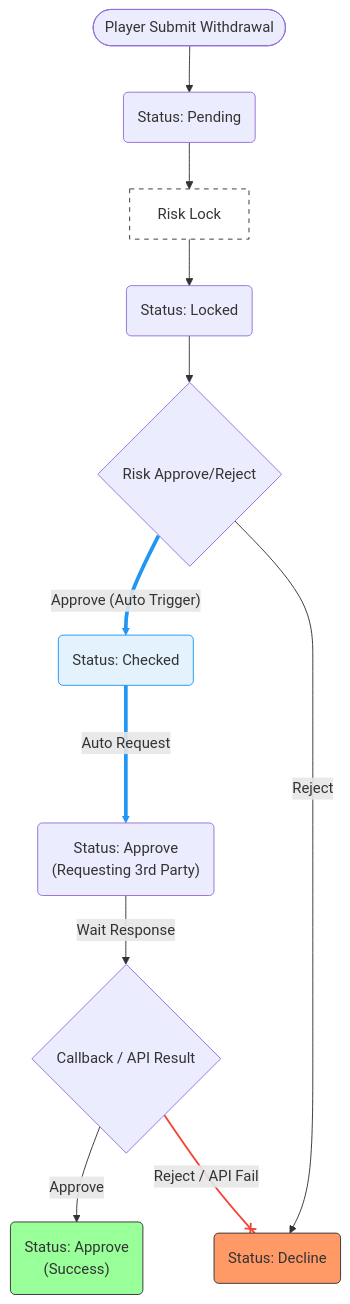
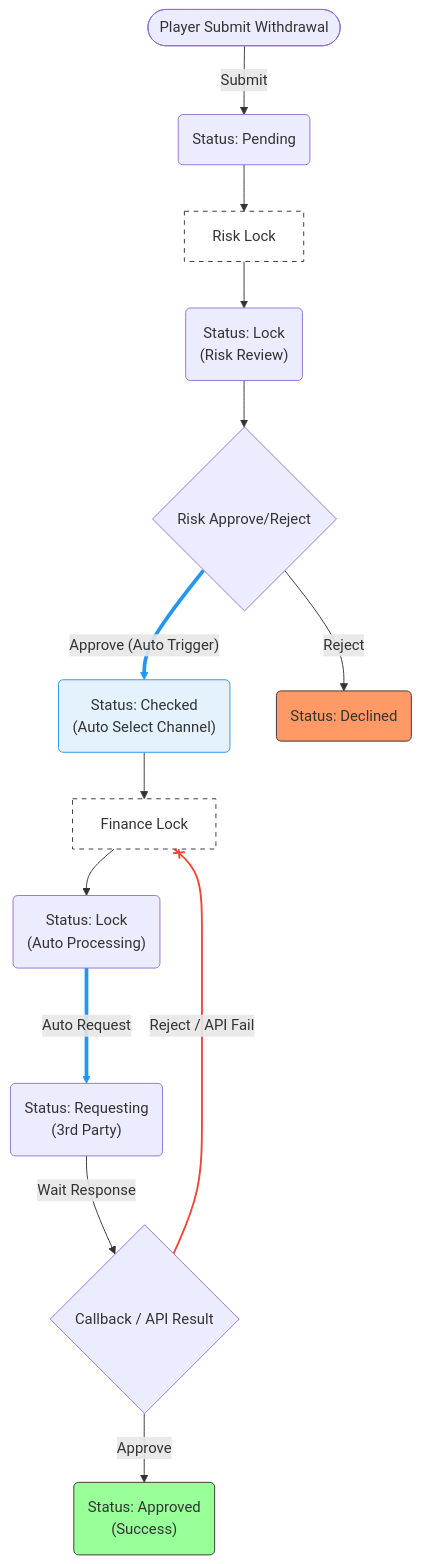
The second of 2 diagrams in no99_archive/sitflowchart.md (almightyken0425/SuSuGiGiSpec), drawn with Mermaid before and after one commit. The commit also changed other lines of this file, not shown here.

````diff
--- a/no99_archive/sitflowchart.md
+++ b/no99_archive/sitflowchart.md
@@ -87,58 +87,69 @@
 ```mermaid
 graph TD
     %% 節點定義
     StartAuto(["Player Submit Withdrawal"])
     PendingAuto("Status: Pending")
     
     RiskLockActionBoxAuto["Risk Lock"]
-    RiskLockAuto("Status: Locked")
+    RiskLockAuto("Status: Lock<br/>(Risk Review)")
     
     RiskActionAuto{"Risk Approve/Reject"}
-    ApproveAuto("Status: Checked")
-    ApproveReqAuto("Status: Approve<br/>(Requesting 3rd Party)")
-    DeclineAuto("Status: Decline")
-    SuccessAuto("Status: Approve<br/>(Success)")
+    ApproveAuto("Status: Checked<br/>(Auto Select Channel)")
+    
+    FinanceLockActionBoxAuto["Finance Lock"]
+    FinanceLockAuto("Status: Lock<br/>(Auto Processing)")
+
+    ApproveReqAuto("Status: Requesting<br/>(3rd Party)")
+    DeclineAuto("Status: Declined")
+    SuccessAuto("Status: Approved<br/>(Success)")
     CallbackAuto{"Callback / API Result"}
 
-    StartAuto --> PendingAuto
+    StartAuto -->|"Submit"| PendingAuto
     
     PendingAuto --> RiskLockActionBoxAuto
     RiskLockActionBoxAuto --> RiskLockAuto
     
     RiskLockAuto --> RiskActionAuto
     
     %% 高亮自動化路徑
     RiskActionAuto ==>|"Approve (Auto Trigger)"| ApproveAuto
-    ApproveAuto ===>|"Auto Request"| ApproveReqAuto
+    
+    ApproveAuto --> FinanceLockActionBoxAuto
+    FinanceLockActionBoxAuto --> FinanceLockAuto
+    
+    FinanceLockAuto ===>|"Auto Request"| ApproveReqAuto
 
     RiskActionAuto -->|"Reject"| DeclineAuto
     
     ApproveReqAuto -->|"Wait Response"| CallbackAuto
 
     CallbackAuto -->|"Approve"| SuccessAuto
     
     %% 高亮報廢路徑
-    CallbackAuto --x|"Reject / API Fail"| DeclineAuto
+    CallbackAuto --x|"Reject / API Fail"| FinanceLockActionBoxAuto
 
     %% 樣式與連結美化
     %% linkStyle 索引 (基於連接線出現順序):
     %% 0: StartAuto -> PendingAuto
     %% 1: PendingAuto -> RiskLockActionBoxAuto
     %% 2: RiskLockActionBoxAuto -> RiskLockAuto
     %% 3: RiskLockAuto -> RiskActionAuto
     %% 4: RiskActionAuto ==> ApproveAuto
-    %% 5: ApproveAuto ===> ApproveReqAuto
-    %% 6: RiskActionAuto --> DeclineAuto
-    %% 7: ApproveReqAuto --> CallbackAuto
-    %% 8: CallbackAuto --> SuccessAuto
-    %% 9: CallbackAuto --x DeclineAuto
+    %% 5: ApproveAuto --> FinanceLockActionBoxAuto
+    %% 6: FinanceLockActionBoxAuto --> FinanceLockAuto
+    %% 7: FinanceLockAuto ===> ApproveReqAuto
+    %% 8: RiskActionAuto --> DeclineAuto
+    %% 9: ApproveReqAuto --> CallbackAuto
+    %% 10: CallbackAuto --> SuccessAuto
+    %% 11: CallbackAuto --x FinanceLockActionBoxAuto
 
     linkStyle 4 stroke:#2196f3,stroke-width:4px;
-    linkStyle 5 stroke:#2196f3,stroke-width:4px;
-    linkStyle 9 stroke:#f44336,stroke-width:2px;
+    linkStyle 7 stroke:#2196f3,stroke-width:4px;
+    linkStyle 11 stroke:#f44336,stroke-width:2px;
 
     style DeclineAuto fill:#f96,stroke:#333
     style SuccessAuto fill:#9f9,stroke:#333
     style ApproveAuto fill:#e3f2fd,stroke:#2196f3
     style RiskLockActionBoxAuto fill:#fff,stroke:#333,stroke-dasharray: 5 5
+    style FinanceLockActionBoxAuto fill:#fff,stroke:#333,stroke-dasharray: 5 5
 ```
````
